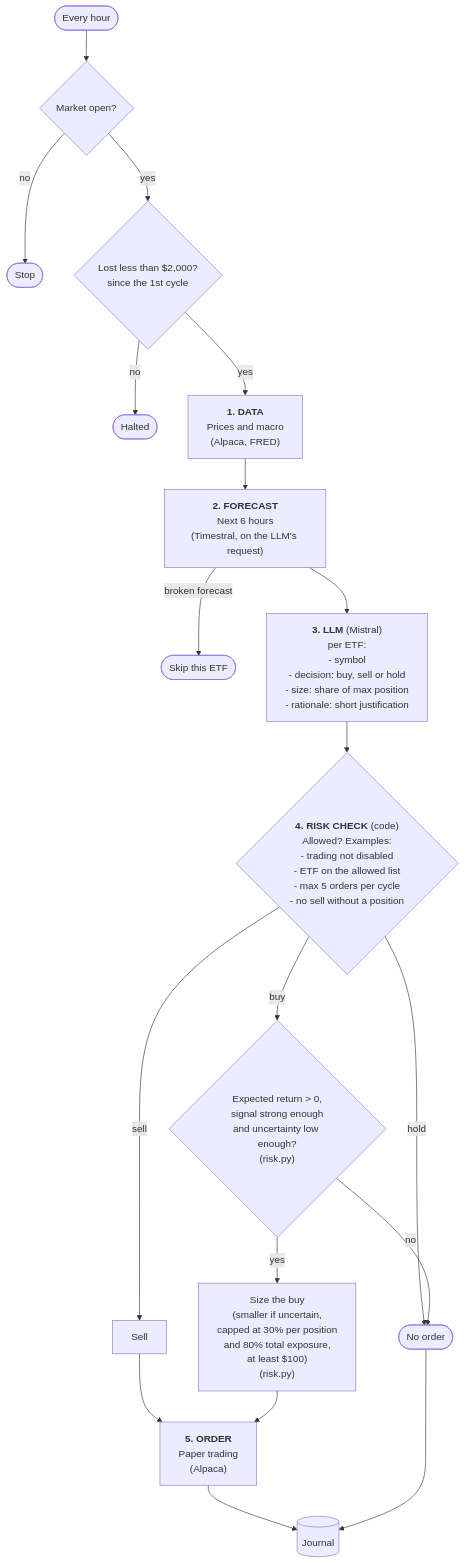
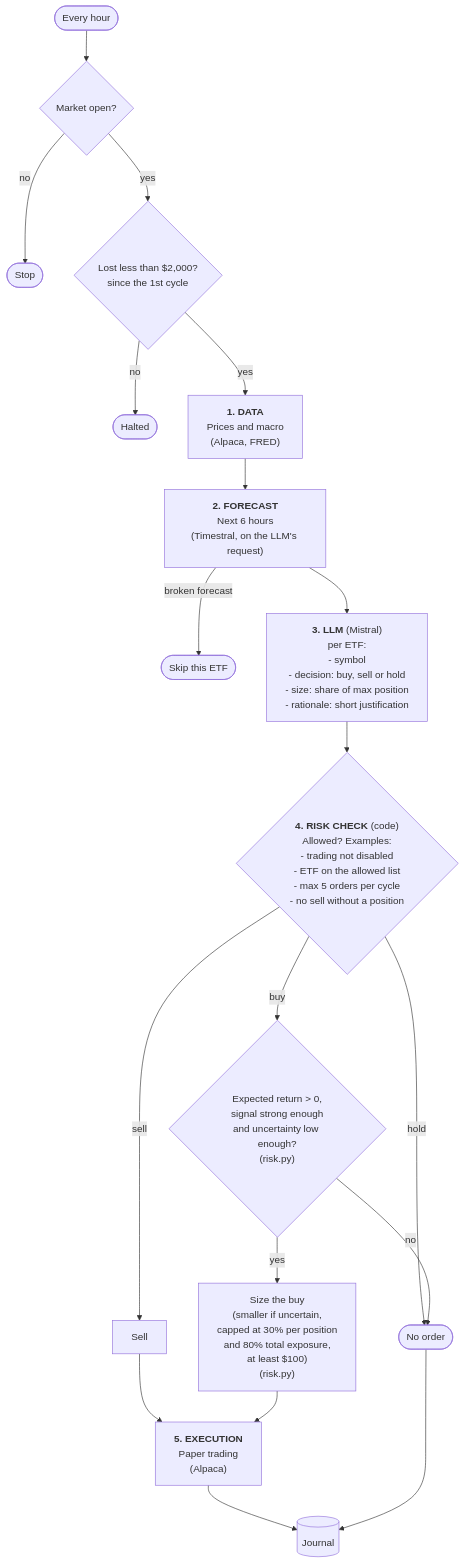
The diagram in README.md (capucine-masson/paper-trading), drawn with Mermaid before and after one commit.

Commit message:
maj readme

````diff
--- a/README.md
+++ b/README.md
@@ -45,21 +45,21 @@
 ```mermaid
 flowchart TD
     S([Every hour]) --> C{Market open?}
     C -- no --> X([Stop])
     C -- yes --> H{Lost less than $2,000?<br/>since the 1st cycle}
     H -- no --> HX([Halted])
     H -- yes --> D["<b>1. DATA</b><br/>Prices and macro<br/>(Alpaca, FRED)"]
     D --> T["<b>2. FORECAST</b><br/>Next 6 hours<br/>(Timestral, on the LLM's request)"]
     T -->|broken forecast| N([Skip this ETF])
     T --> L["<b>3. LLM</b> (Mistral)<br/>per ETF:<br/>- symbol<br/>- decision: buy, sell or hold<br/>- size: share of max position<br/>- rationale: short justification"]
     L --> R{"<b>4. RISK CHECK</b> (code)<br/>Allowed? Examples:<br/>- trading not disabled<br/>- ETF on the allowed list<br/>- max 5 orders per cycle<br/>- no sell without a position"}
     R -->|hold| V([No order])
     R -->|sell| SO[Sell]
     R -->|buy| G{"Expected return > 0,<br/>signal strong enough<br/>and uncertainty low enough?<br/>(risk.py)"}
     G -- no --> V
     G -- yes --> Z["Size the buy<br/>(smaller if uncertain,<br/>capped at 30% per position<br/>and 80% total exposure,<br/>at least $100)<br/>(risk.py)"]
     SO --> O
-    Z --> O["<b>5. ORDER</b><br/>Paper trading<br/>(Alpaca)"]
+    Z --> O["<b>5. EXECUTION</b><br/>Paper trading<br/>(Alpaca)"]
     O --> J[(Journal)]
     V --> J
 ```
````
